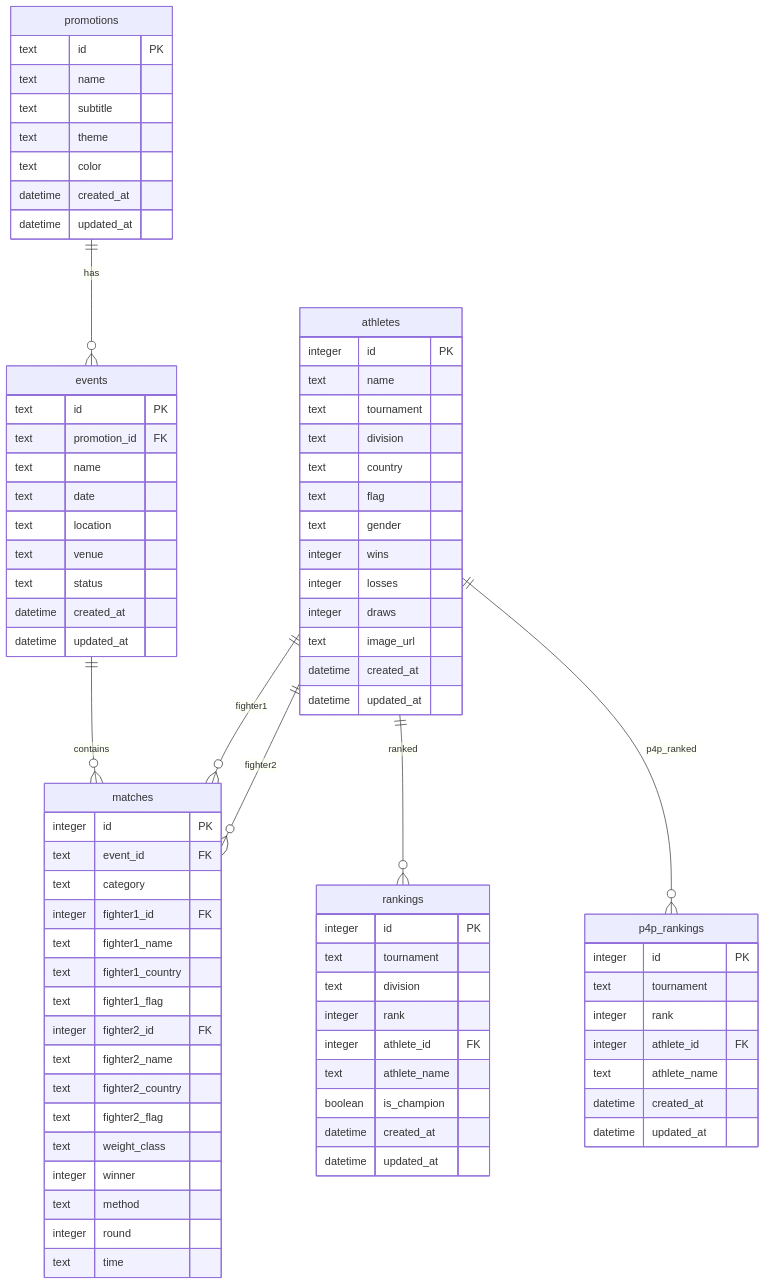
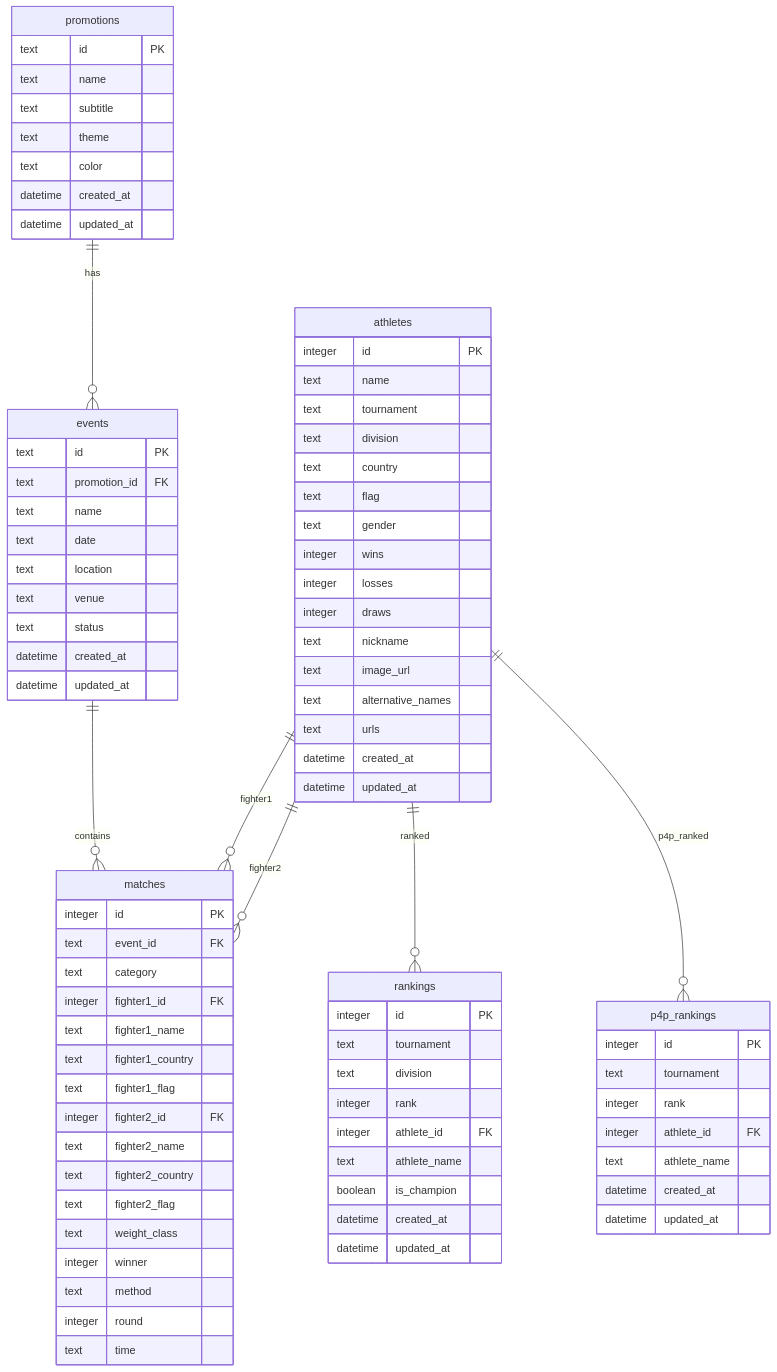
Before and after one commit to rain1024/mma: the diagram in docs/database/erdiagram.md, drawn with Mermaid. The commit also changed 36 other files, not shown here.

```diff
--- a/docs/database/erdiagram.md
+++ b/docs/database/erdiagram.md
@@ -35,7 +35,10 @@
         integer wins
         integer losses
         integer draws
+        text nickname
         text image_url
+        text alternative_names
+        text urls
         datetime created_at
         datetime updated_at
     }
```
